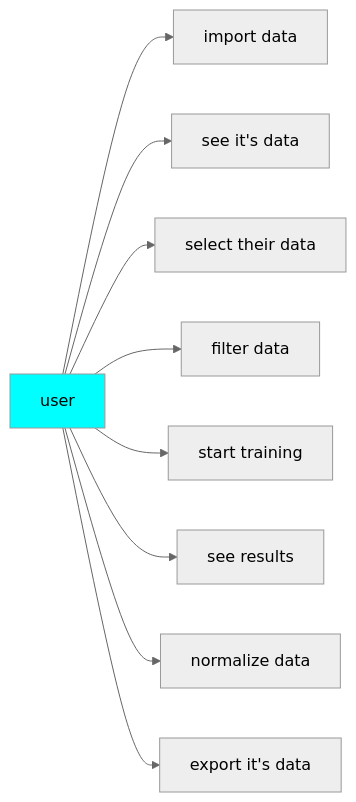
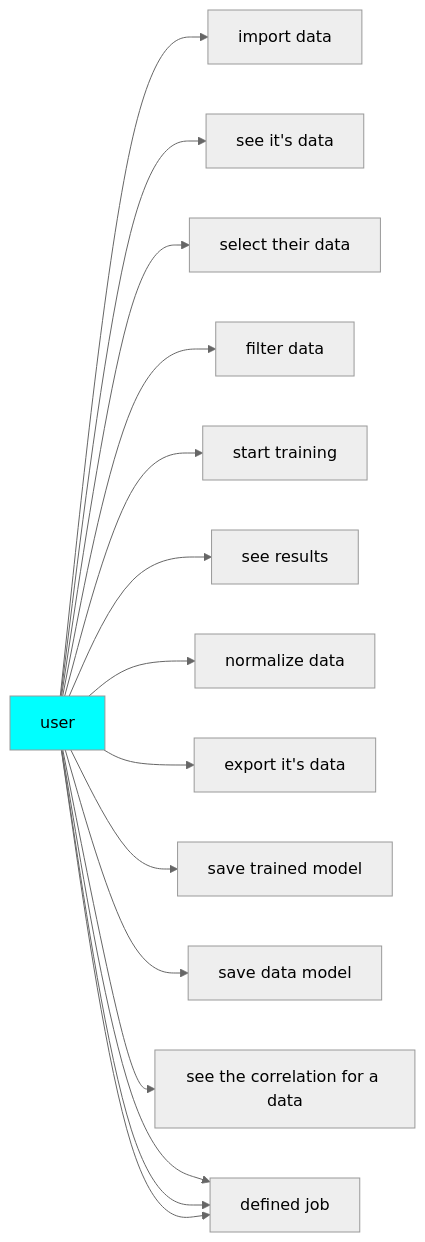
One commit to imiiii/Wiki-For-ML-Project changed the third of 3 diagrams in Test/SubPage.md. Above: the diagram before and after it, drawn with Mermaid (neutral theme).

Commit message:
Updated SubPage

```diff
--- a/Test/SubPage.md
+++ b/Test/SubPage.md
@@ -26,14 +26,20 @@
 ::: mermaid
 graph LR;
 style id1 fill:#00FFFF
     id1[user]  
 id1 --> id2[import data]
 id1-->id3[see it's data]
 id1-->id4[select their data]
 id1-->id5[filter data]
 id1-->id6[start training]
 id1-->id7[see results]
 id1-->id8[normalize data]
 id1-->id9[export it's data]
+id1-->id10[save trained model]
+id1-->id11[save data model]
+id1-->id12[see the correlation for a data]
+id1-->id13[defined job]
+id1-->id13[defined job]
+id1-->id13[defined job]
 
 :::
```
